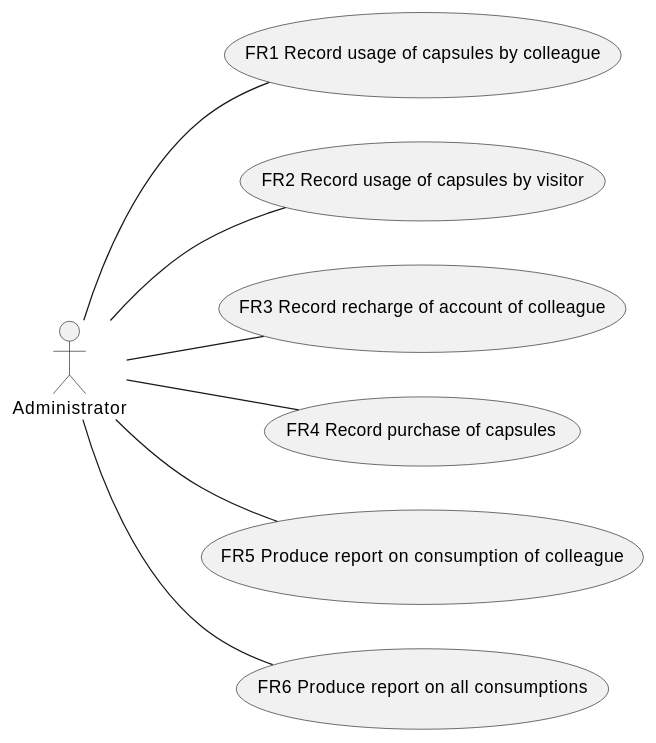
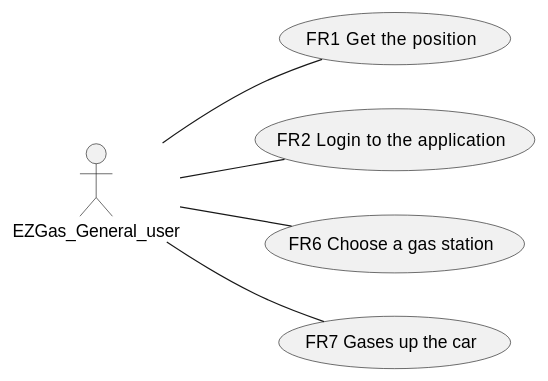
The second of 7 diagrams in REQ_s269901.md (SoftengPoliTo/Lab2), drawn with PlantUML before and after one commit. The commit also changed other lines of this file, not shown here.

````diff
--- a/REQ_s269901.md
+++ b/REQ_s269901.md
@@ -114,10 +112,8 @@
 ```plantuml
 left to right direction
-actor Administrator as a
-a -- (FR1  Record usage of capsules by colleague)
-a -- (FR2 Record usage of capsules by visitor)
-a -- (FR3 Record recharge of account of colleague)
-a -- (FR4 Record purchase of capsules)
-a -- (FR5 Produce report on consumption of colleague)
-a -- (FR6 Produce report on all consumptions)
+actor EZGas_General_user as a
+a -- (FR1  Get the position)
+a -- (FR2 Login to the application)
+a -- (FR6 Choose a gas station)
+a -- (FR7 Gases up the car)
 ```
````
